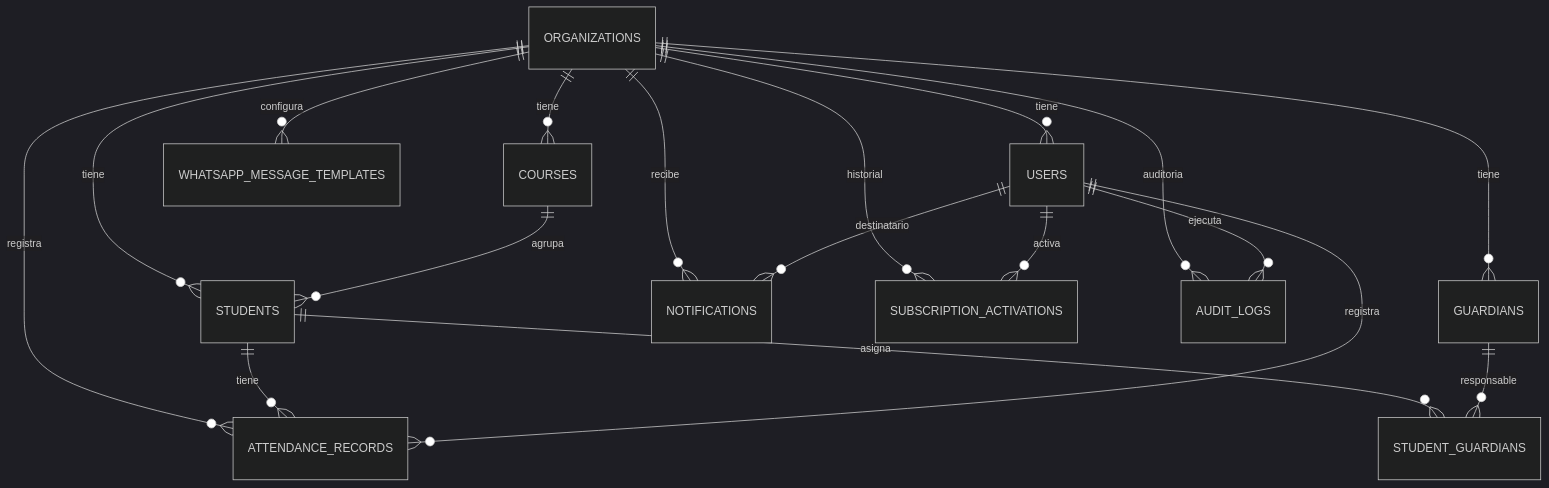
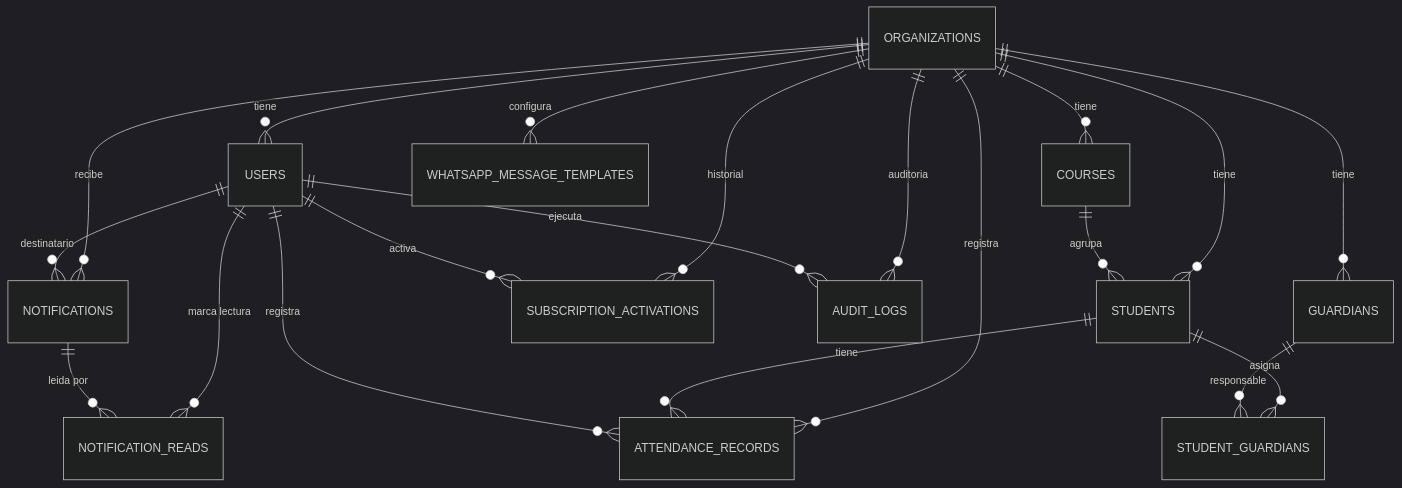
Before and after one commit to 2josecastillo-prog/ReySoft-Asistencia: the first of 2 diagrams in docs/diagramas_logico_fisico_base_datos.md, drawn with Mermaid (dark theme). The commit also changed other lines of this file and 20 other files, not shown here.

````diff
--- a/docs/diagramas_logico_fisico_base_datos.md
+++ b/docs/diagramas_logico_fisico_base_datos.md
@@ -40,23 +42,25 @@
 ```mermaid
 erDiagram
     ORGANIZATIONS ||--o{ USERS : "tiene"
     ORGANIZATIONS ||--o{ COURSES : "tiene"
     ORGANIZATIONS ||--o{ GUARDIANS : "tiene"
     ORGANIZATIONS ||--o{ STUDENTS : "tiene"
     ORGANIZATIONS ||--o{ ATTENDANCE_RECORDS : "registra"
     ORGANIZATIONS ||--o{ WHATSAPP_MESSAGE_TEMPLATES : "configura"
     ORGANIZATIONS ||--o{ NOTIFICATIONS : "recibe"
     ORGANIZATIONS ||--o{ SUBSCRIPTION_ACTIVATIONS : "historial"
     ORGANIZATIONS ||--o{ AUDIT_LOGS : "auditoria"
 
     COURSES ||--o{ STUDENTS : "agrupa"
     STUDENTS ||--o{ ATTENDANCE_RECORDS : "tiene"
 
     STUDENTS ||--o{ STUDENT_GUARDIANS : "asigna"
     GUARDIANS ||--o{ STUDENT_GUARDIANS : "responsable"
 
     USERS ||--o{ ATTENDANCE_RECORDS : "registra"
     USERS ||--o{ NOTIFICATIONS : "destinatario"
+    USERS ||--o{ NOTIFICATION_READS : "marca lectura"
+    NOTIFICATIONS ||--o{ NOTIFICATION_READS : "leida por"
     USERS ||--o{ SUBSCRIPTION_ACTIVATIONS : "activa"
     USERS ||--o{ AUDIT_LOGS : "ejecuta"
 ```
````
